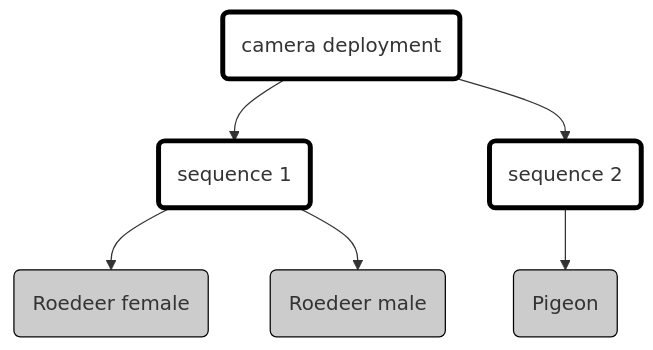
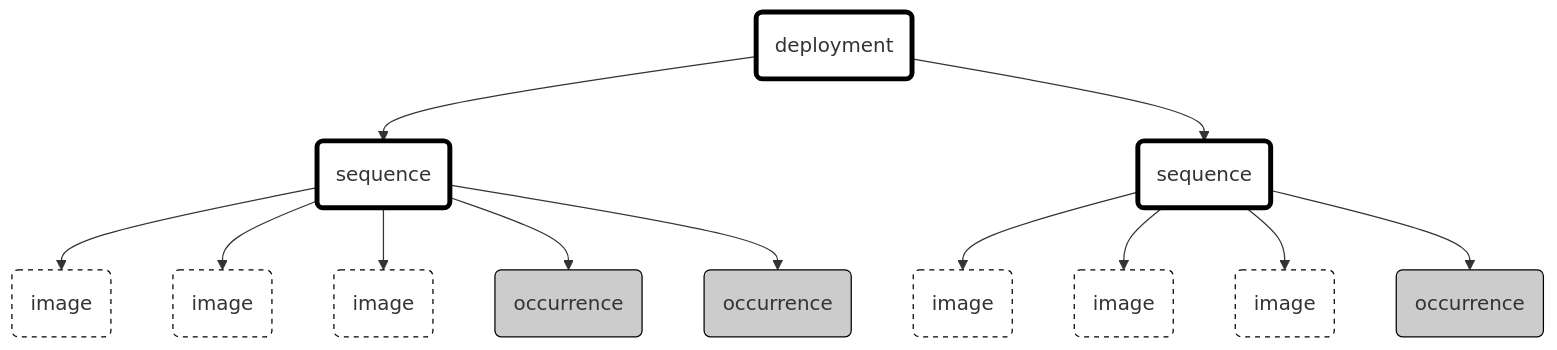
The diagram in camera-trap-data/README.md (inbo/dwc-event-workshop), drawn with Mermaid before and after one commit. The commit also changed other lines of this file, not shown here.

````diff
--- a/camera-trap-data/README.md
+++ b/camera-trap-data/README.md
@@ -5,19 +5,33 @@
 ```mermaid
 flowchart
+    deployment("deployment"):::event
+    seq1("sequence"):::event
+    seq2("sequence"):::event
+    occ1("occurrence"):::occurrence
+    occ2("occurrence"):::occurrence
+    occ3("occurrence"):::occurrence
+    multi1("image"):::multimedia
+    multi2("image"):::multimedia
+    multi3("image"):::multimedia
+    multi4("image"):::multimedia
+    multi5("image"):::multimedia
+    multi6("image"):::multimedia
+    
+
     classDef event fill:#fff,stroke-width:4px,stroke:#000;
     classDef occurrence fill:#ccc,stroke-width:1px,stroke:#000;
-    classDef mof fill:#fff,stroke-width:1px,stroke:#000,stroke-dasharray:4;
+    classDef multimedia fill:#fff,stroke-width:1px,stroke:#000,stroke-dasharray:4;
 
-    dep1("camera deployment"):::event
-    seq1("sequence 1"):::event
-    seq2("sequence 2"):::event
-    obs1("Roedeer female"):::occurrence
-    obs2("Roedeer male"):::occurrence
-    obs3("Pigeon"):::occurrence
+    deployment --> seq1
+        seq1 --> multi1
+        seq1 --> multi2
+        seq1 --> multi3
+        seq1 --> occ1
+        seq1 --> occ2
 
-    dep1 --> seq1
-      seq1 --> obs1
-      seq1 --> obs2
-    dep1 --> seq2
-      seq2 --> obs3
+    deployment --> seq2
+        seq2 --> multi4
+        seq2 --> multi5
+        seq2 --> multi6
+        seq2 --> occ3
 ```
````
